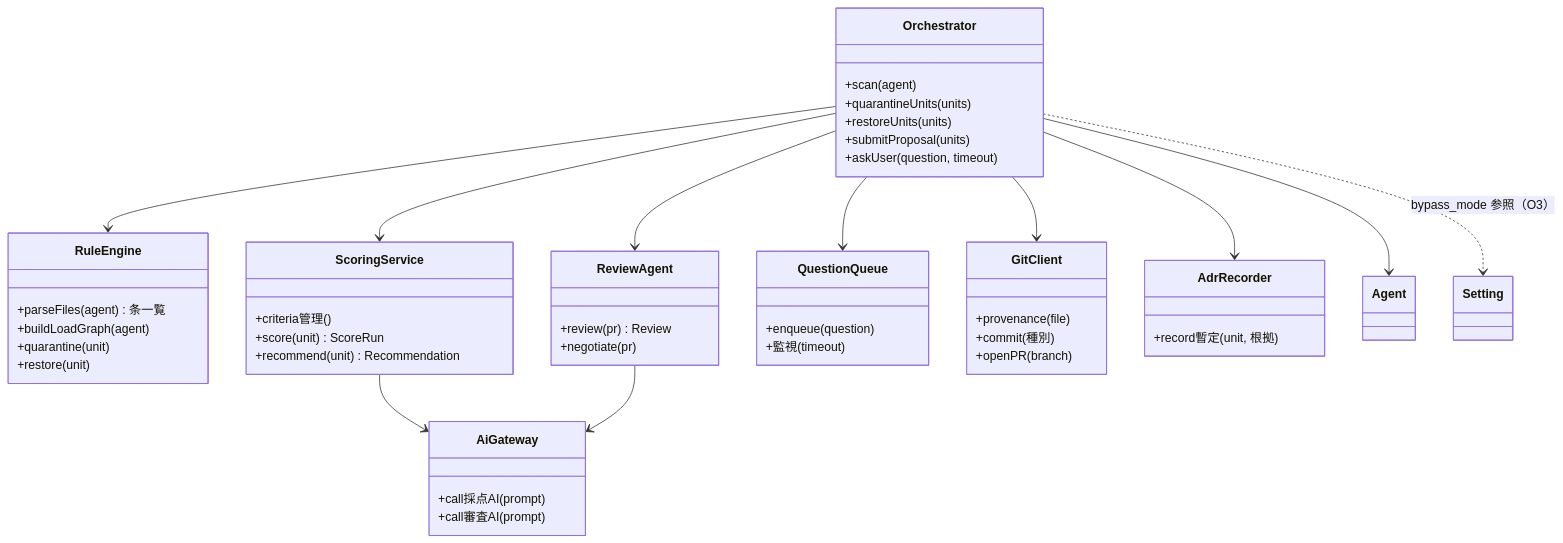
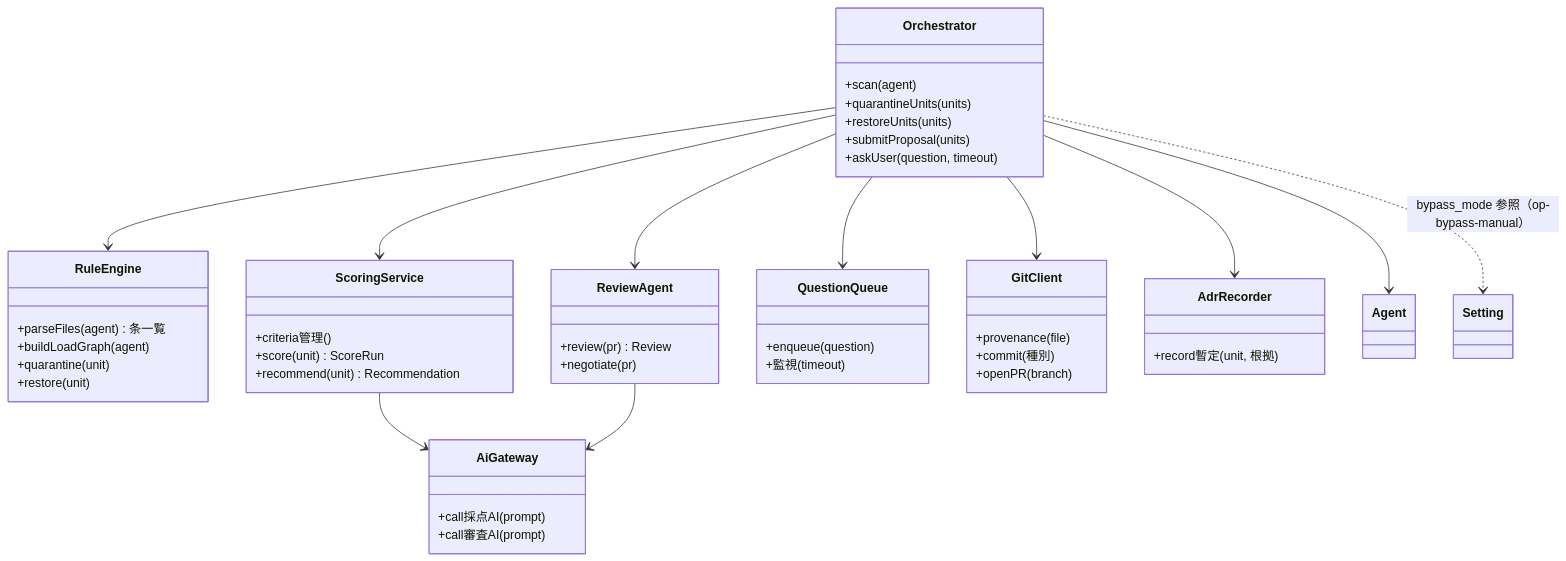
Before and after one commit to khayashi4337/rule-warden: the second of 6 diagrams in docs/adr/0002.5-domain-model.md, drawn with Mermaid. The commit also changed other lines of this file and 22 other files, not shown here.

````diff
--- a/docs/adr/0002.5-domain-model.md
+++ b/docs/adr/0002.5-domain-model.md
@@ -148,52 +148,52 @@
 ```mermaid
 classDiagram
     class Orchestrator {
         +scan(agent)
         +quarantineUnits(units)
         +restoreUnits(units)
         +submitProposal(units)
         +askUser(question, timeout)
     }
     class RuleEngine {
         +parseFiles(agent) 条一覧
         +buildLoadGraph(agent)
         +quarantine(unit)
         +restore(unit)
     }
     class ScoringService {
         +criteria管理()
         +score(unit) ScoreRun
         +recommend(unit) Recommendation
     }
     class ReviewAgent {
         +review(pr) Review
         +negotiate(pr)
     }
     class QuestionQueue {
         +enqueue(question)
         +監視(timeout)
     }
     class GitClient {
         +provenance(file)
         +commit(種別)
         +openPR(branch)
     }
     class AdrRecorder {
         +record暫定(unit, 根拠)
     }
     class AiGateway {
         +call採点AI(prompt)
         +call審査AI(prompt)
     }
 
     Orchestrator --> RuleEngine
     Orchestrator --> ScoringService
     Orchestrator --> ReviewAgent
     Orchestrator --> QuestionQueue
     Orchestrator --> GitClient
     Orchestrator --> AdrRecorder
     ScoringService --> AiGateway
     ReviewAgent --> AiGateway
     Orchestrator --> Agent
-    Orchestrator ..> Setting : bypass_mode 参照（O3）
+    Orchestrator ..> Setting : bypass_mode 参照（op-bypass-manual）
 ```
````
